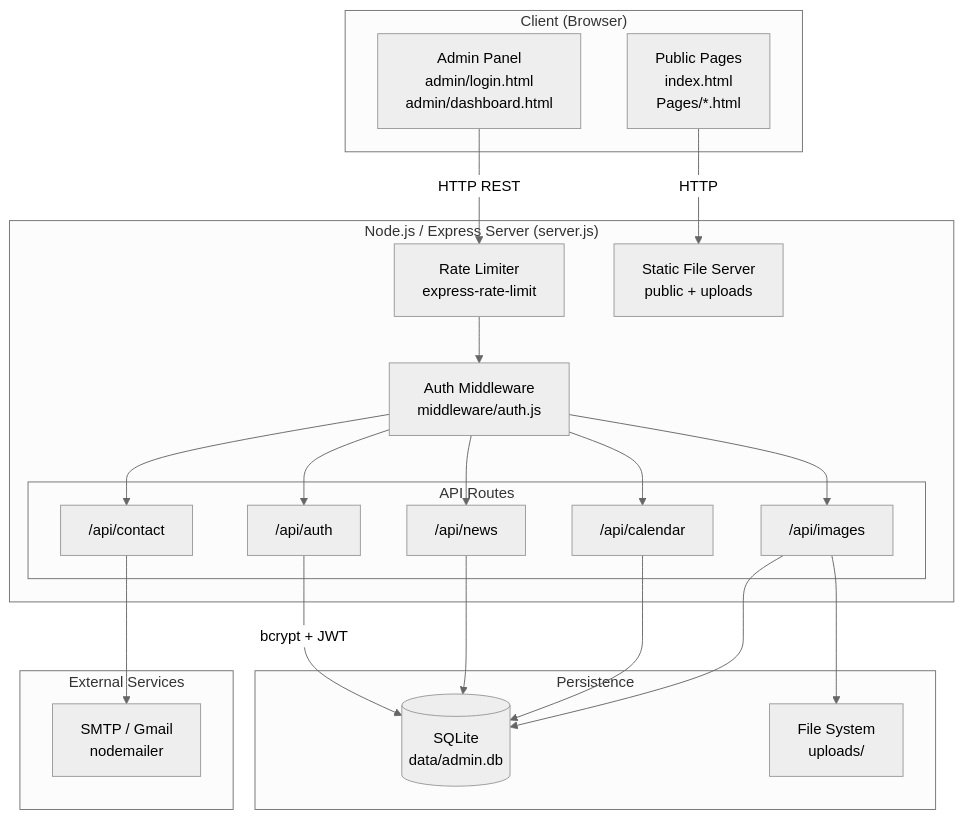
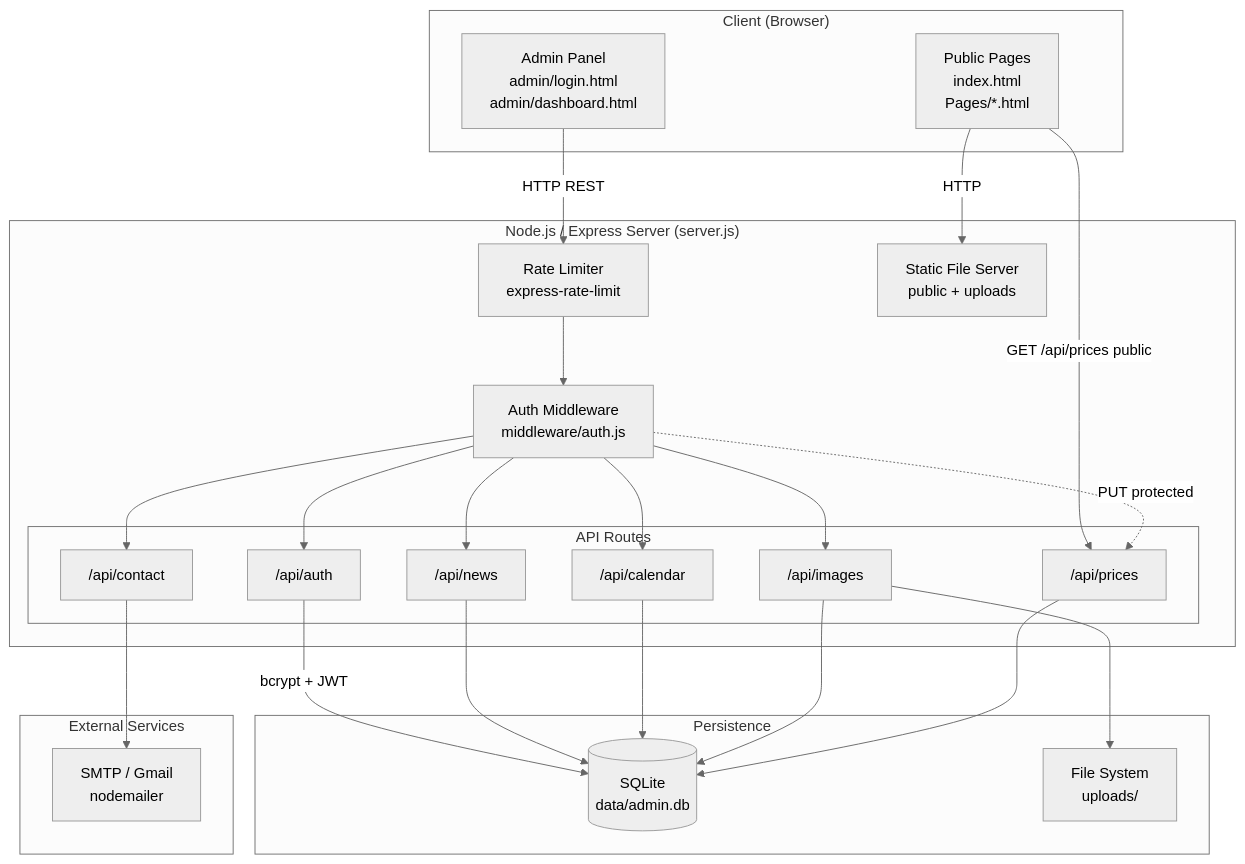
The first of 4 diagrams in Docs/Architecture.md (aairom/ajj-clone), drawn with Mermaid (neutral theme) before and after one commit. The commit also changed other lines of this file and 13 other files, not shown here.

````diff
--- a/Docs/Architecture.md
+++ b/Docs/Architecture.md
@@ -5,46 +5,50 @@
 ```mermaid
 graph TB
     subgraph Client["Client (Browser)"]
         PUB[Public Pages<br/>index.html<br/>Pages/*.html]
         ADM[Admin Panel<br/>admin/login.html<br/>admin/dashboard.html]
     end
 
     subgraph Server["Node.js / Express Server (server.js)"]
         RL[Rate Limiter<br/>express-rate-limit]
         AUTH_MW[Auth Middleware<br/>middleware/auth.js]
         STATIC[Static File Server<br/>public + uploads]
 
         subgraph Routes["API Routes"]
             R_AUTH["/api/auth"]
             R_NEWS["/api/news"]
             R_CAL["/api/calendar"]
             R_CONTACT["/api/contact"]
             R_IMG["/api/images"]
+            R_PRC["/api/prices"]
         end
     end
 
     subgraph Storage["Persistence"]
         DB[(SQLite<br/>data/admin.db)]
         FS[File System<br/>uploads/]
     end
 
     subgraph External["External Services"]
         SMTP[SMTP / Gmail<br/>nodemailer]
     end
 
     PUB -->|HTTP| STATIC
+    PUB -->|GET /api/prices public| R_PRC
     ADM -->|HTTP REST| RL
     RL --> AUTH_MW
     AUTH_MW --> R_AUTH
     AUTH_MW --> R_NEWS
     AUTH_MW --> R_CAL
     AUTH_MW --> R_CONTACT
     AUTH_MW --> R_IMG
+    AUTH_MW -.->|PUT protected| R_PRC
 
     R_AUTH -->|bcrypt + JWT| DB
     R_NEWS --> DB
     R_CAL --> DB
     R_IMG --> DB
+    R_PRC --> DB
     R_IMG --> FS
     R_CONTACT --> SMTP
 ```
````
